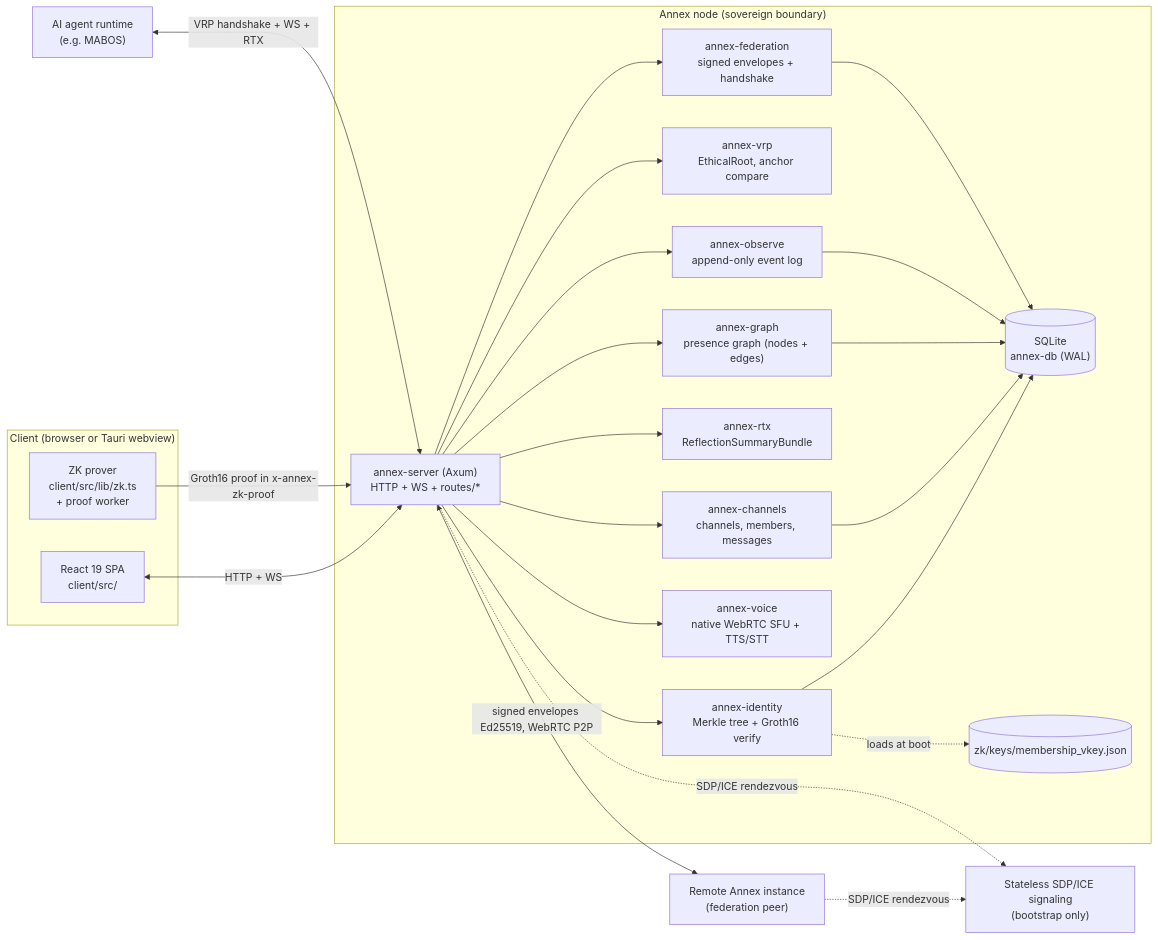
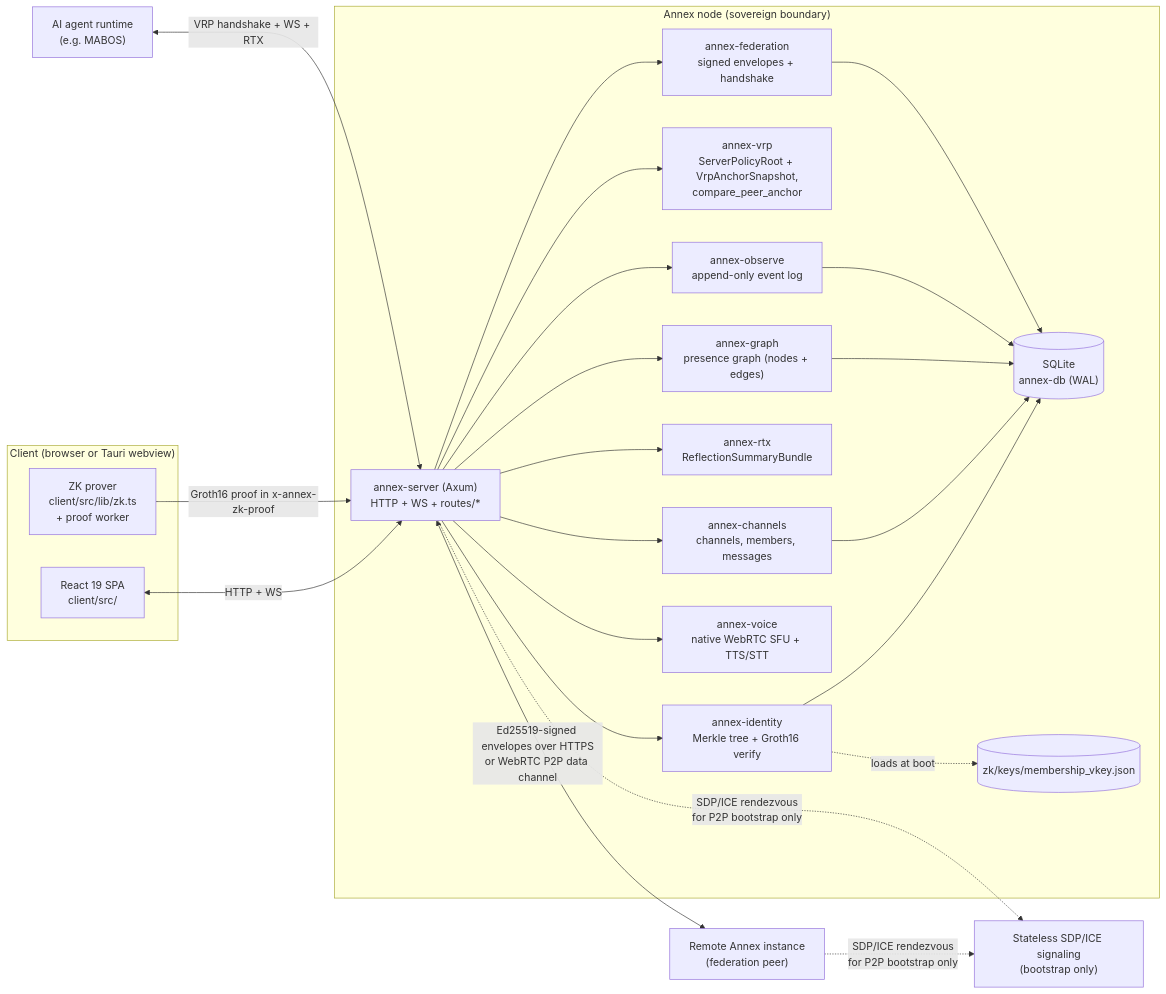
Before and after one commit to seismicgear/annex: the first of 7 diagrams in docs/architecture/mermaid-diagrams.md, drawn with Mermaid. The commit also changed other lines of this file, not shown here.

First line of the commit message:
docs: self-review audit pass on mermaid architecture diagrams

````diff
--- a/docs/architecture/mermaid-diagrams.md
+++ b/docs/architecture/mermaid-diagrams.md
@@ -13,48 +13,48 @@
 ```mermaid
 flowchart LR
     subgraph CLIENT["Client (browser or Tauri webview)"]
         WEB["React 19 SPA<br/>client/src/"]
         PROVER["ZK prover<br/>client/src/lib/zk.ts<br/>+ proof worker"]
     end
 
     subgraph NODE["Annex node (sovereign boundary)"]
         SRV["annex-server (Axum)<br/>HTTP + WS + routes/*"]
         IDENT["annex-identity<br/>Merkle tree + Groth16 verify"]
-        VRP["annex-vrp<br/>EthicalRoot, anchor compare"]
+        VRP["annex-vrp<br/>ServerPolicyRoot + VrpAnchorSnapshot,<br/>compare_peer_anchor"]
         CHAN["annex-channels<br/>channels, members, messages"]
         GRAPH["annex-graph<br/>presence graph (nodes + edges)"]
         RTX["annex-rtx<br/>ReflectionSummaryBundle"]
         OBS["annex-observe<br/>append-only event log"]
         VOICE["annex-voice<br/>native WebRTC SFU + TTS/STT"]
         FED["annex-federation<br/>signed envelopes + handshake"]
         DB[("SQLite<br/>annex-db (WAL)")]
         VKEY[("zk/keys/membership_vkey.json")]
     end
 
     AGENT["AI agent runtime<br/>(e.g. MABOS)"]
     PEER["Remote Annex instance<br/>(federation peer)"]
     SIGNAL["Stateless SDP/ICE signaling<br/>(bootstrap only)"]
 
     WEB <-->|HTTP + WS| SRV
     PROVER -->|Groth16 proof in x-annex-zk-proof| SRV
 
     SRV --> IDENT
     SRV --> VRP
     SRV --> CHAN
     SRV --> GRAPH
     SRV --> RTX
     SRV --> OBS
     SRV --> VOICE
     SRV --> FED
     IDENT --> DB
     CHAN --> DB
     GRAPH --> DB
     OBS --> DB
     FED --> DB
     IDENT -.->|loads at boot| VKEY
 
     AGENT <-->|VRP handshake + WS + RTX| SRV
-    SRV <-->|signed envelopes Ed25519, WebRTC P2P| PEER
-    SRV -.->|SDP/ICE rendezvous| SIGNAL
-    PEER -.->|SDP/ICE rendezvous| SIGNAL
+    SRV <-->|Ed25519-signed envelopes over HTTPS<br/>or WebRTC P2P data channel| PEER
+    SRV -.->|SDP/ICE rendezvous<br/>for P2P bootstrap only| SIGNAL
+    PEER -.->|SDP/ICE rendezvous<br/>for P2P bootstrap only| SIGNAL
 ```
````
